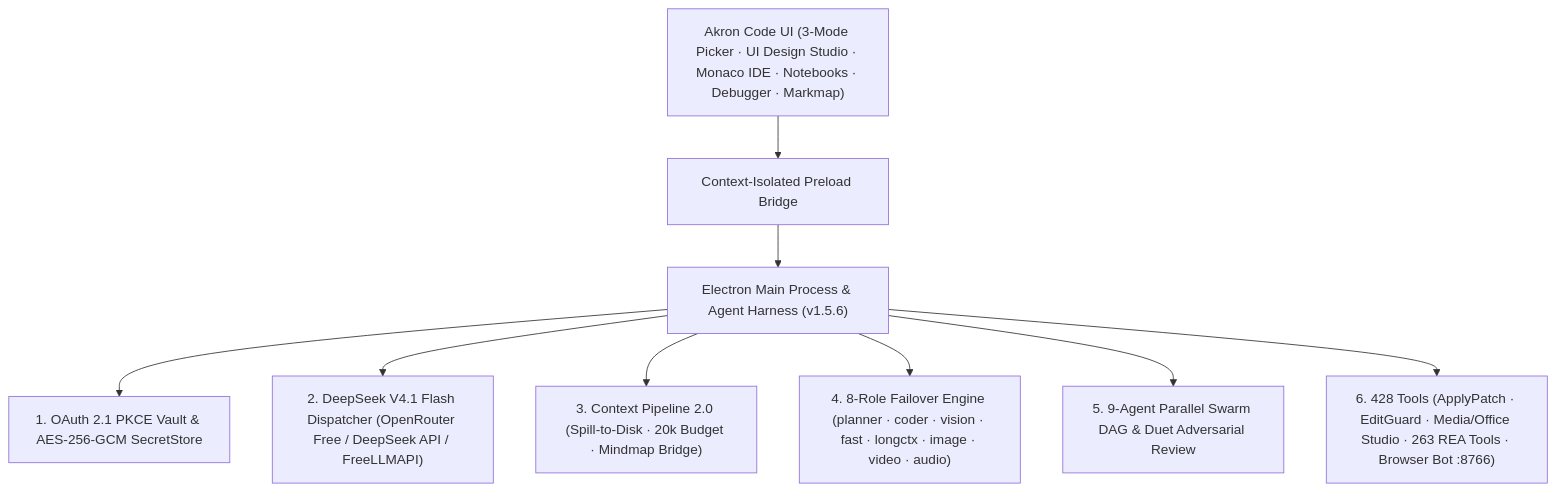
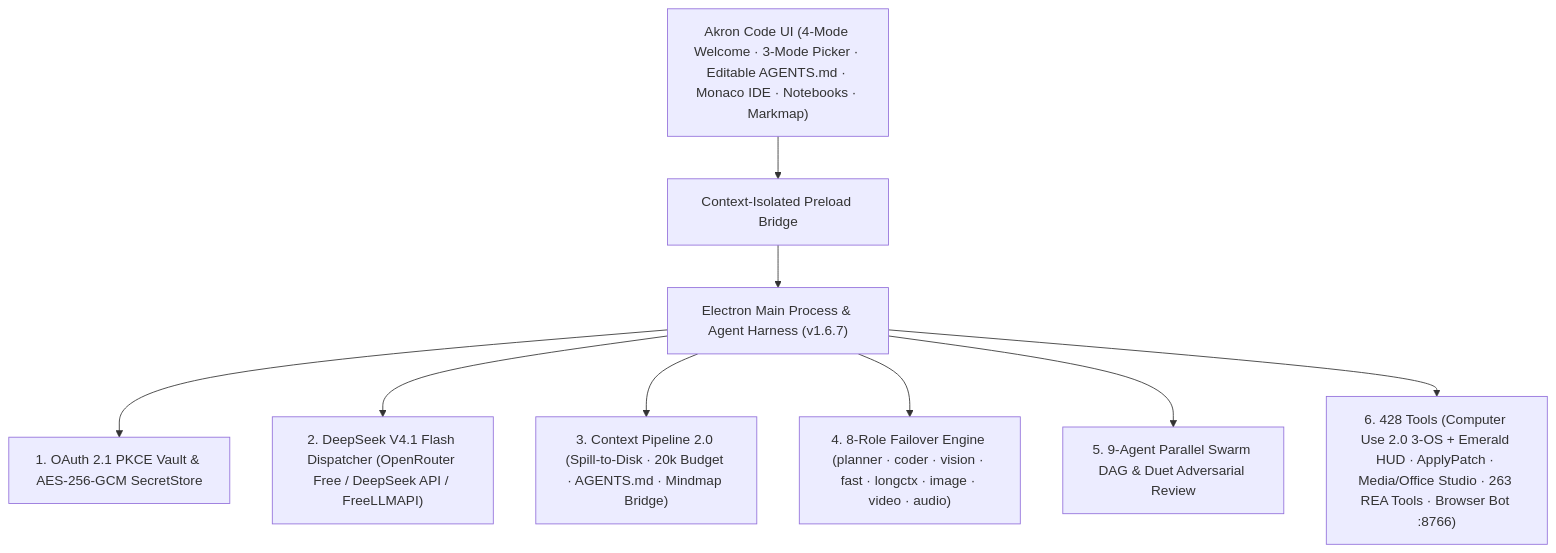
The first of 3 diagrams in README.md (faysaliteng/akron-code), drawn with Mermaid before and after one commit. The commit also changed other lines of this file and 61 other files, not shown here.

````diff
--- a/README.md
+++ b/README.md
@@ -100,12 +100,12 @@
 ```mermaid
 flowchart TD
-  UI["Akron Code UI (3-Mode Picker · UI Design Studio · Monaco IDE · Notebooks · Debugger · Markmap)"] --> Preload["Context-Isolated Preload Bridge"]
-  Preload --> Main["Electron Main Process & Agent Harness (v1.5.6)"]
+  UI["Akron Code UI (4-Mode Welcome · 3-Mode Picker · Editable AGENTS.md · Monaco IDE · Notebooks · Markmap)"] --> Preload["Context-Isolated Preload Bridge"]
+  Preload --> Main["Electron Main Process & Agent Harness (v1.6.7)"]
 
   Main --> Vault["1. OAuth 2.1 PKCE Vault & AES-256-GCM SecretStore"]
   Main --> Brain["2. DeepSeek V4.1 Flash Dispatcher (OpenRouter Free / DeepSeek API / FreeLLMAPI)"]
-  Main --> Context["3. Context Pipeline 2.0 (Spill-to-Disk · 20k Budget · Mindmap Bridge)"]
+  Main --> Context["3. Context Pipeline 2.0 (Spill-to-Disk · 20k Budget · AGENTS.md · Mindmap Bridge)"]
   Main --> Failover["4. 8-Role Failover Engine (planner · coder · vision · fast · longctx · image · video · audio)"]
   Main --> Swarm["5. 9-Agent Parallel Swarm DAG & Duet Adversarial Review"]
-  Main --> Harness["6. 428 Tools (ApplyPatch · EditGuard · Media/Office Studio · 263 REA Tools · Browser Bot :8766)"]
+  Main --> Harness["6. 428 Tools (Computer Use 2.0 3-OS + Emerald HUD · ApplyPatch · Media/Office Studio · 263 REA Tools · Browser Bot :8766)"]
 ```
````
